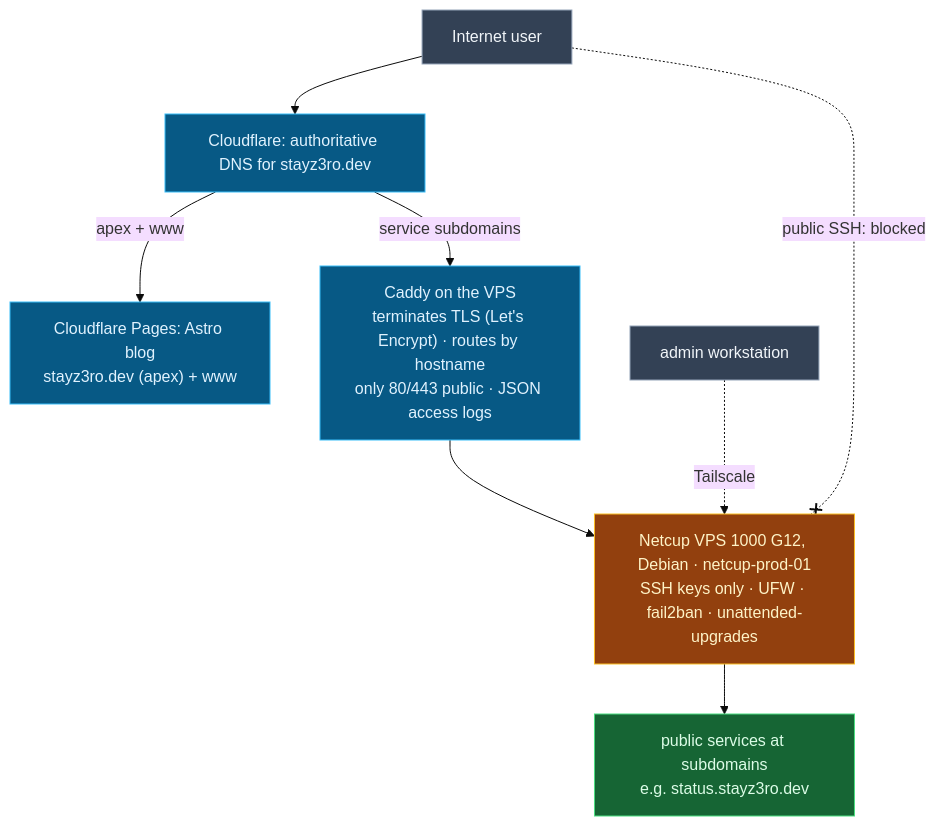
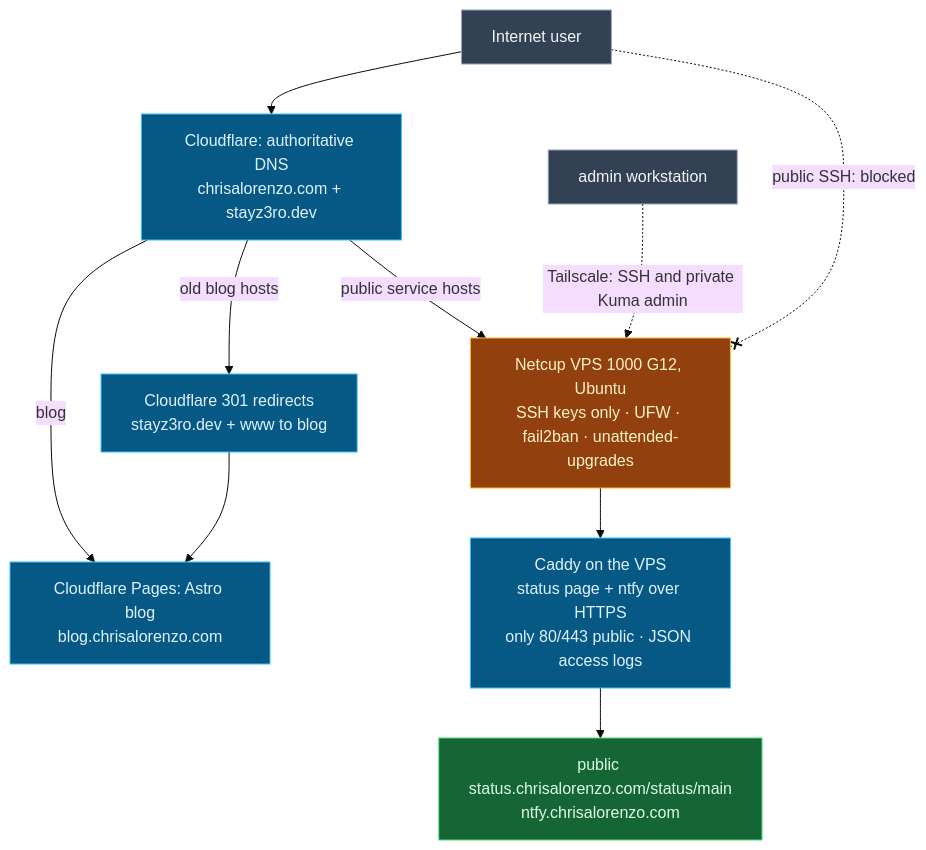
The diagram in diagrams/architecture.md (stayZ3RO/vps-cloud-infra-lab), drawn with Mermaid (base theme) before and after one commit. The commit also changed other lines of this file and 25 other files, not shown here.

First line of the commit message:
Repair evidence links and align VPS docs with live edge (#27)

````diff
--- a/diagrams/architecture.md
+++ b/diagrams/architecture.md
@@ -8,26 +8,29 @@
 ```mermaid
 flowchart TD
     USER["Internet user"]
-    CF["Cloudflare: authoritative DNS for stayz3ro.dev"]
-    PAGES["Cloudflare Pages: Astro blog<br/>stayz3ro.dev (apex) + www"]
-    CADDY["Caddy on the VPS<br/>terminates TLS (Let's Encrypt) · routes by hostname<br/>only 80/443 public · JSON access logs"]
-    VPS["Netcup VPS 1000 G12, Debian · netcup-prod-01<br/>SSH keys only · UFW · fail2ban · unattended-upgrades"]
-    SVCS["public services at subdomains<br/>e.g. status.stayz3ro.dev"]
+    CF["Cloudflare: authoritative DNS<br/>chrisalorenzo.com + stayz3ro.dev"]
+    PAGES["Cloudflare Pages: Astro blog<br/>blog.chrisalorenzo.com"]
+    REDIRECT["Cloudflare 301 redirects<br/>stayz3ro.dev + www to blog"]
+    CADDY["Caddy on the VPS<br/>status page + ntfy over HTTPS<br/>only 80/443 public · JSON access logs"]
+    VPS["Netcup VPS 1000 G12, Ubuntu<br/>SSH keys only · UFW · fail2ban · unattended-upgrades"]
+    SVCS["public status.chrisalorenzo.com/status/main<br/>ntfy.chrisalorenzo.com"]
     ADMIN["admin workstation"]
 
     USER --> CF
-    CF -->|apex + www| PAGES
-    CF -->|"service subdomains"| CADDY
-    CADDY --> VPS --> SVCS
-    ADMIN -.->|Tailscale| VPS
+    CF -->|blog| PAGES
+    CF -->|old blog hosts| REDIRECT
+    REDIRECT --> PAGES
+    CF -->|public service hosts| VPS
+    VPS --> CADDY --> SVCS
+    ADMIN -.->|Tailscale: SSH and private Kuma admin| VPS
     USER -. "public SSH: blocked" .-x VPS
 
     classDef ext fill:#334155,stroke:#94a3b8,color:#f1f5f9
     classDef edge fill:#075985,stroke:#38bdf8,color:#e0f2fe
     classDef host fill:#92400e,stroke:#fbbf24,color:#fef3c7
     classDef svc fill:#166534,stroke:#4ade80,color:#dcfce7
     class USER,ADMIN ext
-    class CF,PAGES,CADDY edge
+    class CF,PAGES,REDIRECT,CADDY edge
     class VPS host
     class SVCS svc
 ```
````
